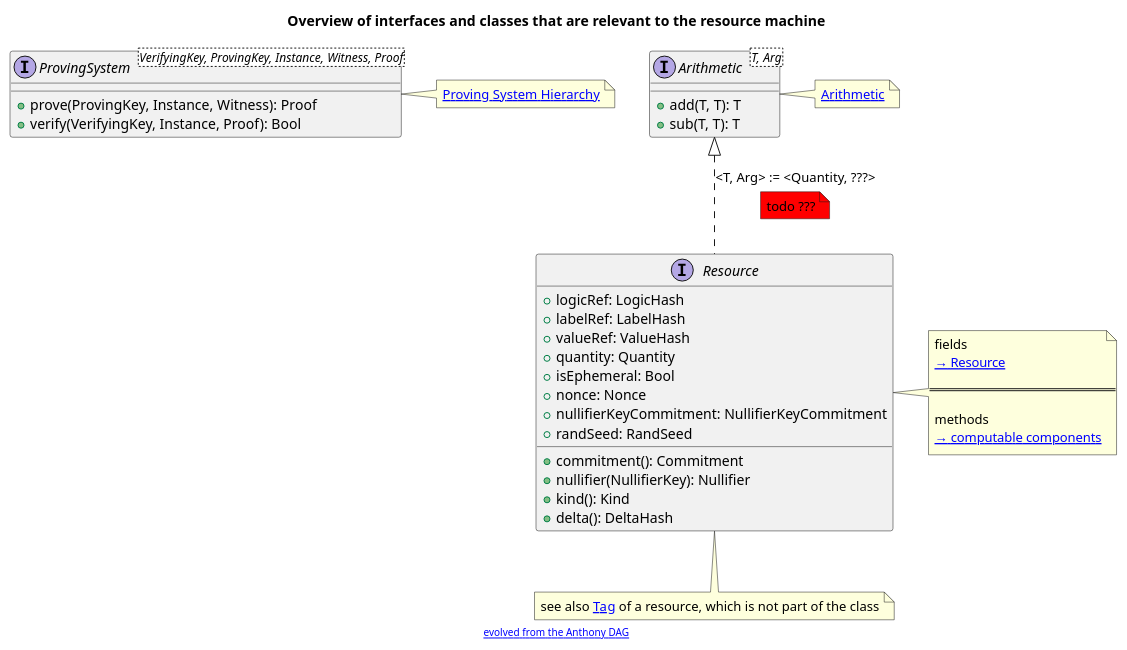
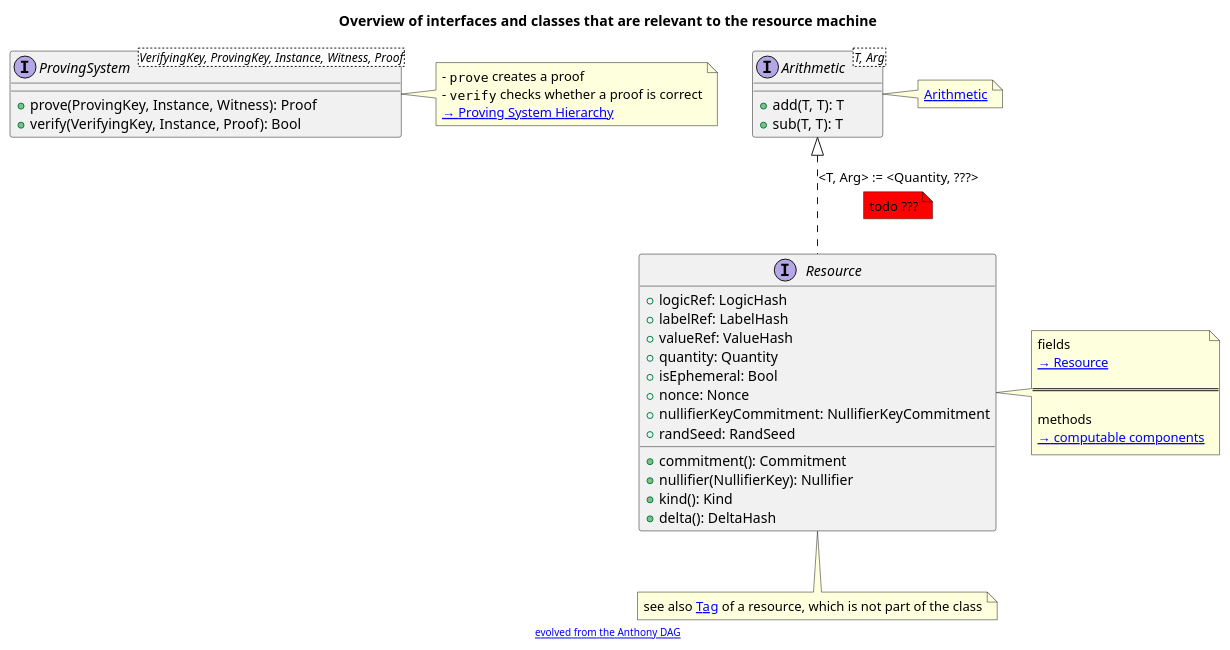
One commit to anoma/nspec changed the diagram in docs/arch/system/state/resource_machine_03/rm-overview-diagram.puml. Above: the diagram before and after it, drawn with PlantUML. The commit also changed 1 other file, not shown here.

```diff
--- a/docs/arch/system/state/resource_machine_03/rm-overview-diagram.puml
+++ b/docs/arch/system/state/resource_machine_03/rm-overview-diagram.puml
@@ -1,77 +1,85 @@
 @startuml
 ' This is an overview of interfaces and classes that are relevant to the resource machine
 title
 Overview of interfaces and classes that are relevant to the resource machine
 end title
 
-interface "ProvingSystem<VerifyingKey, ProvingKey, Instance, Witness, Proof>" as ProvingSystem {
+' The proving system interface
+interface "ProvingSystem<VerifyingKey, ProvingKey, Instance, Witness, Proof>" as PSI {
+        ' create a proof
         +prove(ProvingKey, Instance, Witness): Proof
+        ' check whether a proof is correct
         +verify(VerifyingKey, Instance, Proof): Bool
 }
 note right
-[[https://specs.anoma.net/v0.1.4/arch/system/state/resource_machine/primitive_interfaces/proving_system/index.html#proving-system-hierarchy Proving System Hierarchy]]
+- ""prove"" creates a proof
+- ""verify"" checks whether a proof is correct
+[[https://specs.anoma.net/v0.1.4/arch/system/state/resource_machine/primitive_interfaces/proving_system/index.html#proving-system-hierarchy → Proving System Hierarchy]]
 end note
+' note left of PSI
+' test
+' end note
 
 ' This is the interface of a `Arithmetic`
 ' TODO: do we want a group structure on T
 interface "Arithmetic<T, Arg>" as Arithmetic {
         +add(T, T): T
         +sub(T, T): T
         ' do we want a zero TODO
 }
 note right
 [[https://specs.anoma.net/v0.1.4/arch/system/state/resource_machine/primitive_interfaces/fixed_size_type/arithmetic.html Arithmetic]]
 end note
 
 'note below
 ' This is actually an additive group.
 'end note
 
 ' This is the interface of a `resource`
 interface Resource {
         ' logic reference, a logic hash
         +logicRef: LogicHash
         ' logic reference, a label hash
         +labelRef: LabelHash
         ' value reference, a value hash
         +valueRef: ValueHash
         ' quantity of Quantity type
         +quantity: Quantity
         ' whether or not the resource is ephemeral
         +isEphemeral: Bool
         ' nonce, a number used once
         +nonce: Nonce
         ' the nullifier key commitment
         +nullifierKeyCommitment: NullifierKeyCommitment
         ' a seed for pseudo-random number generation
         +randSeed: RandSeed
         ' computing a commitment to the resource
         +commitment(): Commitment
         ' computing the nullifier for this resource (requires the NK)
         +nullifier(NullifierKey): Nullifier
         ' computing the kind
         +kind(): Kind
         ' computing the delta
         +delta(): DeltaHash
 }
 note right of Resource
         fields
         [[https://specs.anoma.net/v0.1.4/arch/system/state/resource_machine/data_structures/resource/index.html#resource → Resource]]
 
         ===
 
         methods
         [[https://specs.anoma.net/v0.1.4/arch/system/state/resource_machine/primitive_interfaces/fixed_size_type/hash.html#hash-interface-diagram → computable components]]
 end note
 note bottom of Resource
 see also [[https://specs.anoma.net/v0.1.4/arch/system/state/resource_machine/data_structures/resource/computable_components/introduction.html?h=resource+tag#tag Tag]] of a resource, which is not part of the class
 end note
 
 Arithmetic <|-[dashed]- Resource: <T, Arg> := <Quantity, ???>
 note bottom on link #red
 todo ???
 end note
 
 '--------------------------------------------------------------------------------'
 footer "[[https://tinyurl.com/anthonydag evolved from the Anthony DAG]]"
 @enduml
```
